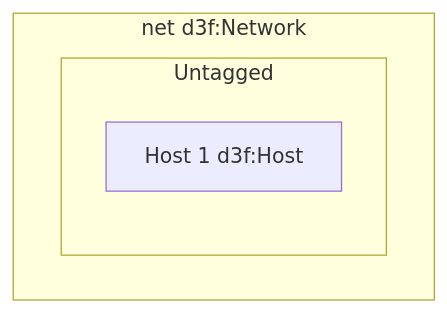
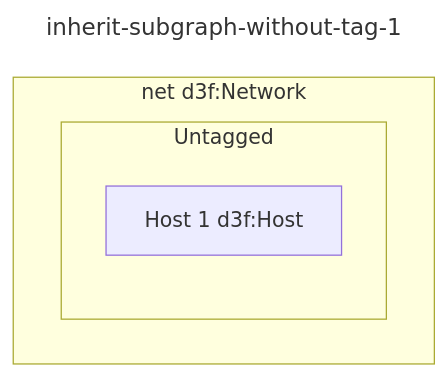
Before and after one commit to ioggstream/d3sign: the eighth of 15 diagrams in app/src/data/examples/testcases.md, drawn with Mermaid. The commit also changed other lines of this file and 8 other files, not shown here.

Commit message:
Fix: #6. Diagram titles.

````diff
--- a/app/src/data/examples/testcases.md
+++ b/app/src/data/examples/testcases.md
@@ -228,10 +243,13 @@
 ```mermaid
+---
+title: inherit-subgraph-without-tag-1
+---
 graph
 
 subgraph net [net d3f:Network]
   %% Nested subgraph without a tag is ignored, but its children are inherited.
   subgraph padding [Untagged]
     a[Host 1 d3f:Host]
   end
 end
 ```
````
